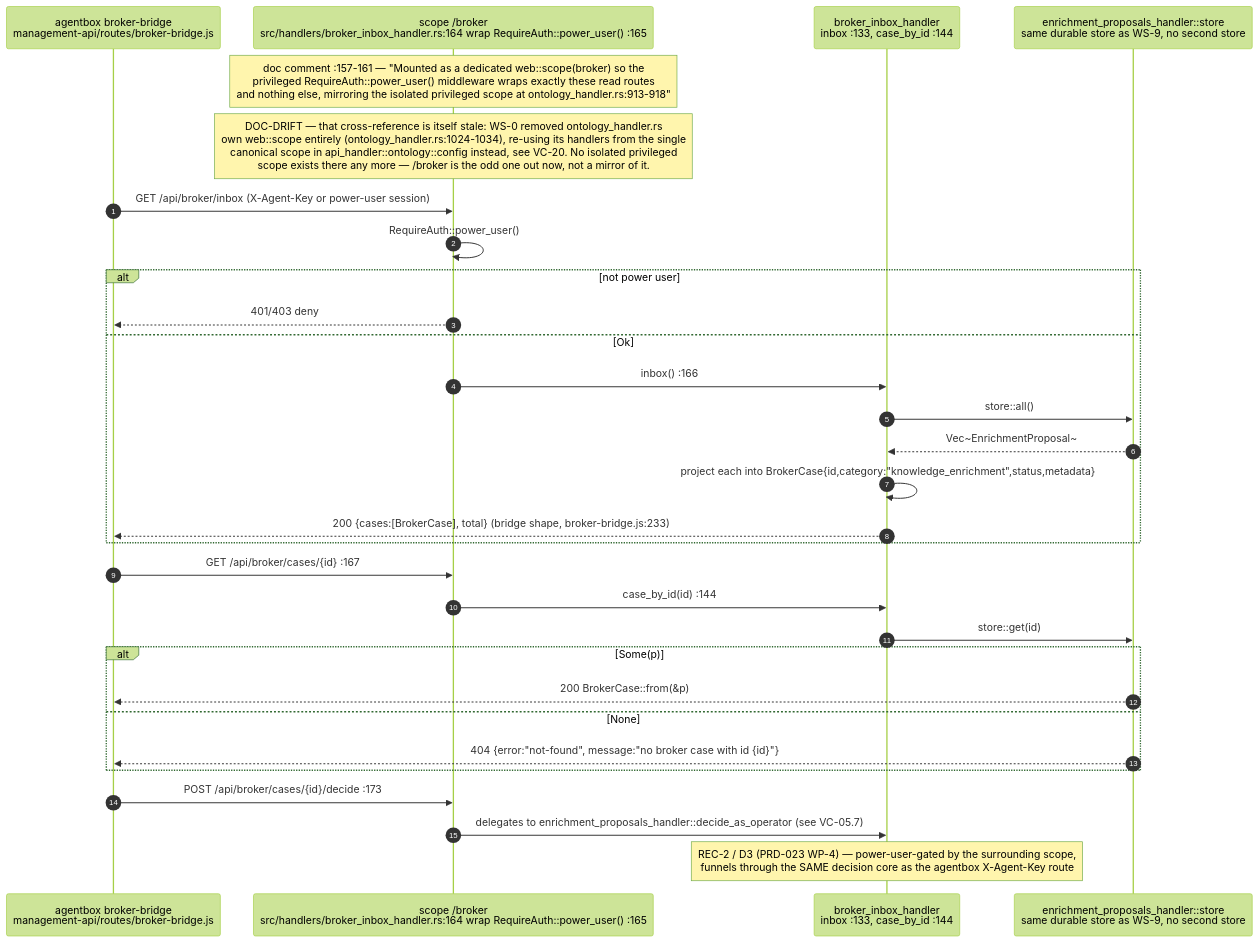
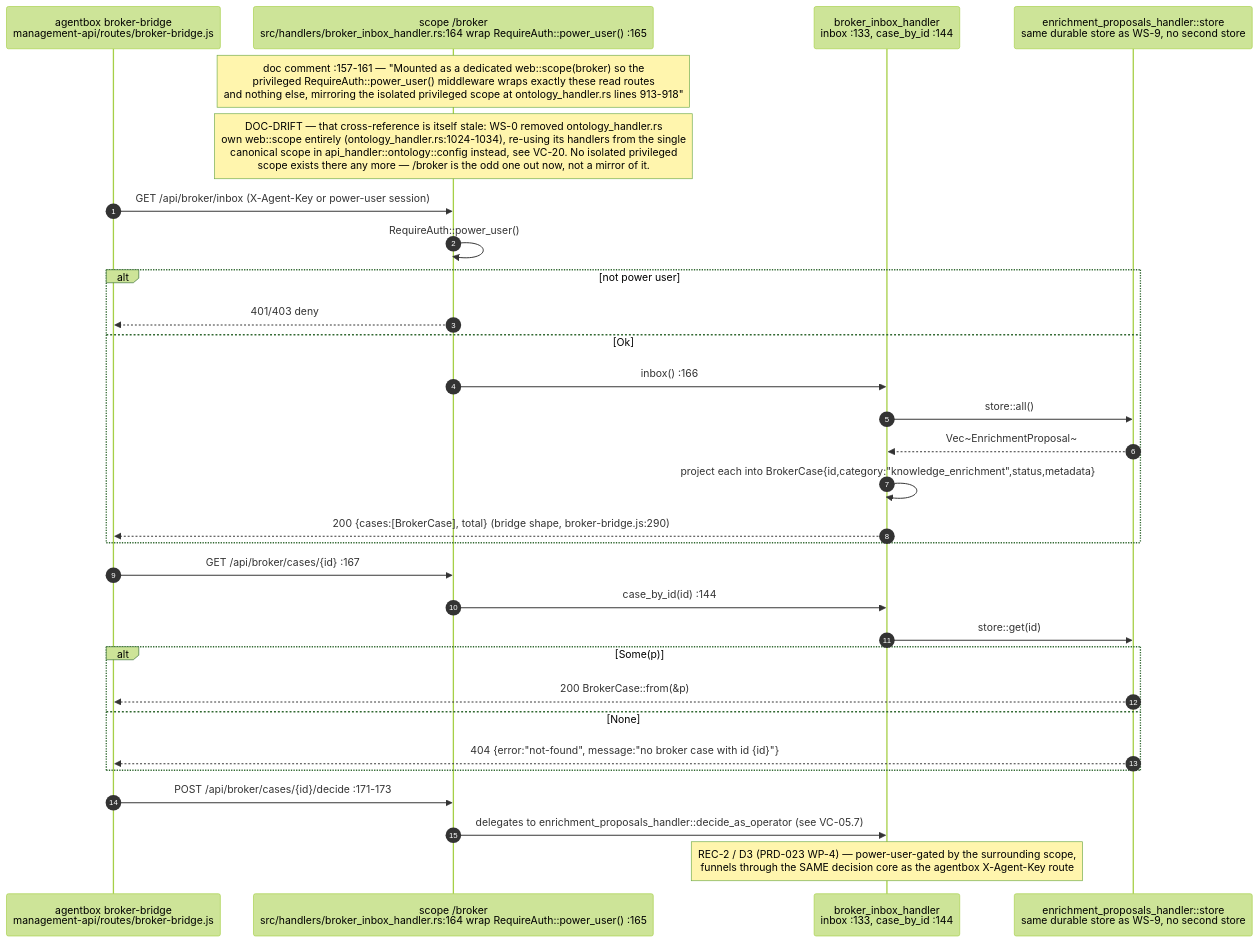
The eighth of 18 diagrams in docs/diagrams/visionclaw/05-handlers-governance-and-identity.md (DreamLab-AI/VisionFlow), drawn with Mermaid (forest theme) before and after one commit. The commit also changed other lines of this file and 52 other files, not shown here.

First line of the commit message:
docs(diagrams): wave 3 checkpoint — bare line refs resolved, revision-pinned cite-check, VC-05/AB-01..13 re-attested

````diff
--- a/docs/diagrams/visionclaw/05-handlers-governance-and-identity.md
+++ b/docs/diagrams/visionclaw/05-handlers-governance-and-identity.md
@@ -435,33 +436,33 @@
 ```mermaid
 sequenceDiagram
     autonumber
     participant C as agentbox broker-bridge<br/>management-api/routes/broker-bridge.js
     participant SC as scope /broker<br/>src/handlers/broker_inbox_handler.rs:164 wrap RequireAuth::power_user() :165
     participant H as broker_inbox_handler<br/>inbox :133, case_by_id :144
     participant ST as enrichment_proposals_handler::store<br/>same durable store as WS-9, no second store
 
-    Note over SC: doc comment :157-161 — "Mounted as a dedicated web::scope(broker) so the<br/>privileged RequireAuth::power_user() middleware wraps exactly these read routes<br/>and nothing else, mirroring the isolated privileged scope at ontology_handler.rs:913-918"
+    Note over SC: doc comment :157-161 — "Mounted as a dedicated web::scope(broker) so the<br/>privileged RequireAuth::power_user() middleware wraps exactly these read routes<br/>and nothing else, mirroring the isolated privileged scope at ontology_handler.rs lines 913-918"
     Note over SC: DOC-DRIFT — that cross-reference is itself stale: WS-0 removed ontology_handler.rs<br/>own web::scope entirely (ontology_handler.rs:1024-1034), re-using its handlers from the single<br/>canonical scope in api_handler::ontology::config instead, see VC-20. No isolated privileged<br/>scope exists there any more — /broker is the odd one out now, not a mirror of it.
     C->>SC: GET /api/broker/inbox (X-Agent-Key or power-user session)
     SC->>SC: RequireAuth::power_user()
     alt not power user
         SC-->>C: 401/403 deny
     else Ok
         SC->>H: inbox() :166
         H->>ST: store::all()
         ST-->>H: Vec~EnrichmentProposal~
         H->>H: project each into BrokerCase{id,category:"knowledge_enrichment",status,metadata}
-        H-->>C: 200 {cases:[BrokerCase], total} (bridge shape, broker-bridge.js:233)
+        H-->>C: 200 {cases:[BrokerCase], total} (bridge shape, broker-bridge.js:290)
     end
     C->>SC: GET /api/broker/cases/{id} :167
     SC->>H: case_by_id(id) :144
     H->>ST: store::get(id)
     alt Some(p)
         ST-->>C: 200 BrokerCase::from(&p)
     else None
         ST-->>C: 404 {error:"not-found", message:"no broker case with id {id}"}
     end
-    C->>SC: POST /api/broker/cases/{id}/decide :173
+    C->>SC: POST /api/broker/cases/{id}/decide :171-173
     SC->>H: delegates to enrichment_proposals_handler::decide_as_operator (see VC-05.7)
     Note over H: REC-2 / D3 (PRD-023 WP-4) — power-user-gated by the surrounding scope,<br/>funnels through the SAME decision core as the agentbox X-Agent-Key route
 ```
````
